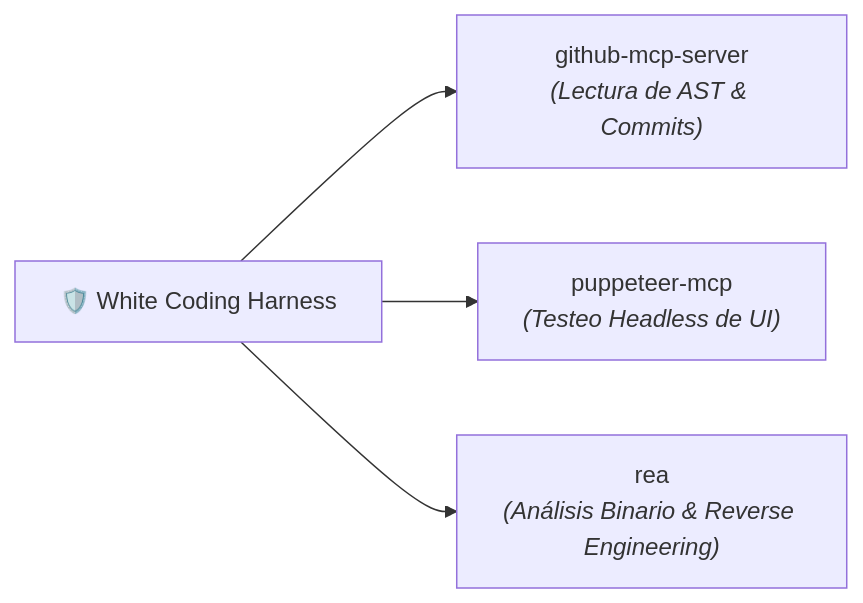
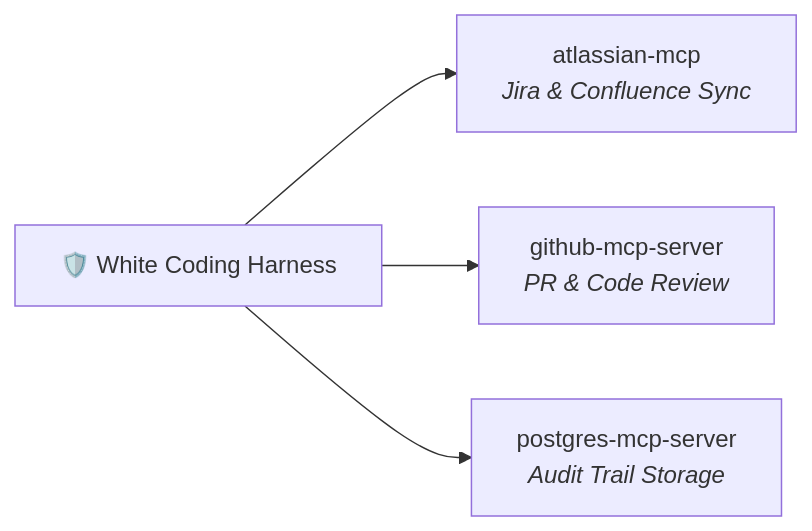
The diagram in WHITE CODING HARNESS/MCP_INTEGRATION.md (Tardigrado-76/Capgemini), drawn with Mermaid before and after one commit. The commit also changed other lines of this file and 10 other files, not shown here.

````diff
--- a/WHITE CODING HARNESS/MCP_INTEGRATION.md
+++ b/WHITE CODING HARNESS/MCP_INTEGRATION.md
@@ -11,6 +8,6 @@
 ```mermaid
 graph LR
-    Harness["🛡️ White Coding Harness"] --> GithubMCP["github-mcp-server<br/><i>(Lectura de AST & Commits)</i>"]
-    Harness --> PuppeteerMCP["puppeteer-mcp<br/><i>(Testeo Headless de UI)</i>"]
-    Harness --> REAMCP["rea<br/><i>(Análisis Binario & Reverse Engineering)</i>"]
+    WCH["🛡️ White Coding Harness"] --> AtlassianMCP["atlassian-mcp<br/><i>Jira & Confluence Sync</i>"]
+    WCH --> GithubMCP["github-mcp-server<br/><i>PR & Code Review</i>"]
+    WCH --> PostgresMCP["postgres-mcp-server<br/><i>Audit Trail Storage</i>"]
 ```
````
